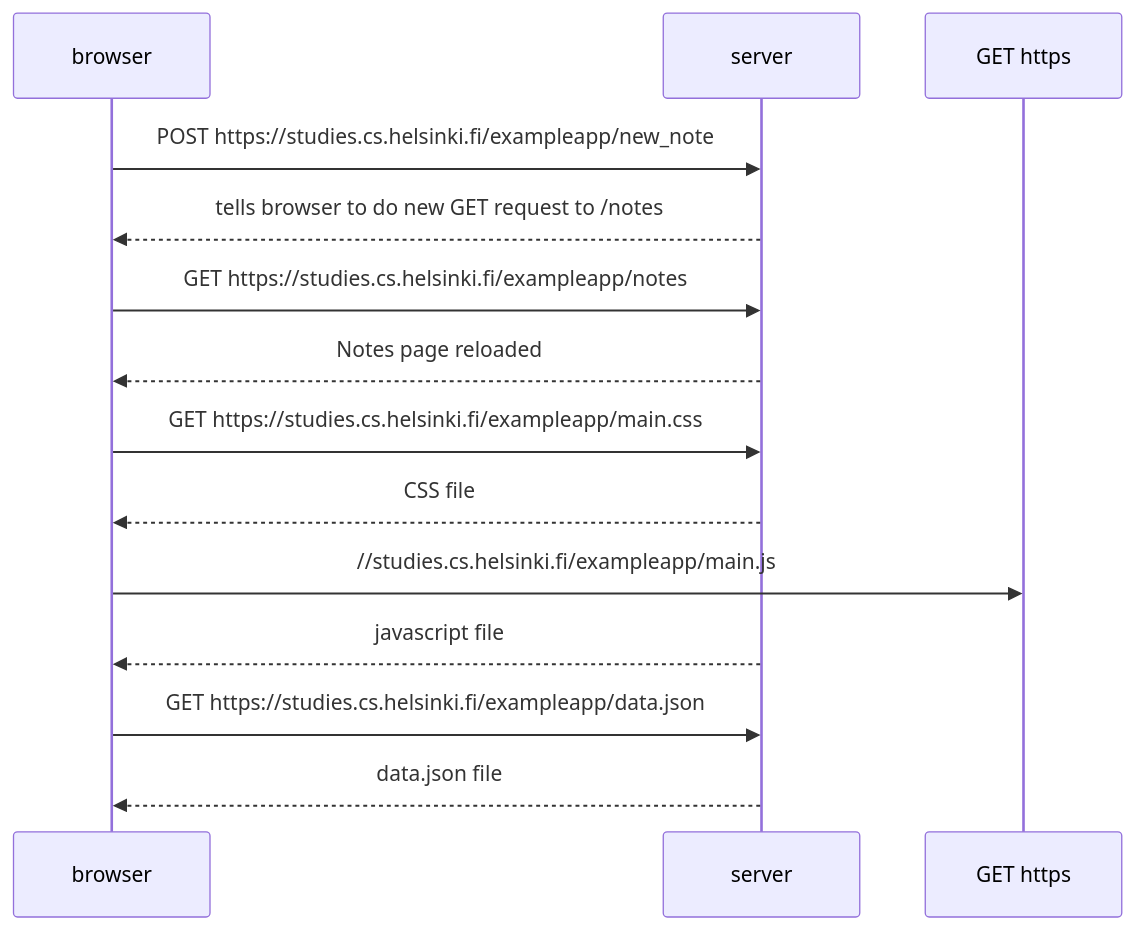
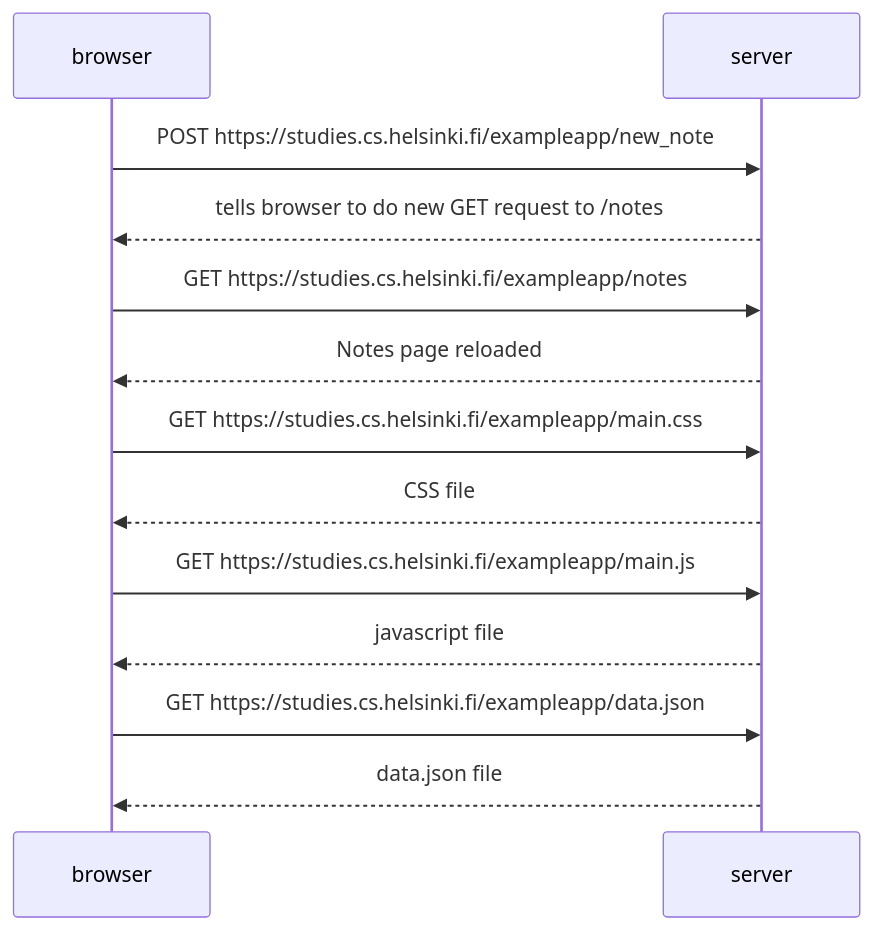
The diagram in part0/0.4exercises.md (EngineKrieg/Fullstackopen), drawn with Mermaid before and after one commit.

````diff
--- a/part0/0.4exercises.md
+++ b/part0/0.4exercises.md
@@ -1,15 +1,15 @@
 ```mermaid
   sequenceDiagram
     participant browser
     participant server
     browser->>server: POST https://studies.cs.helsinki.fi/exampleapp/new_note
     server-->>browser: tells browser to do new GET request to /notes
     browser->>server: GET https://studies.cs.helsinki.fi/exampleapp/notes
     server-->>browser: Notes page reloaded
     browser->>server: GET https://studies.cs.helsinki.fi/exampleapp/main.css
     server-->>browser: CSS file
-    browser->> GET https://studies.cs.helsinki.fi/exampleapp/main.js
+    browser->> server: GET https://studies.cs.helsinki.fi/exampleapp/main.js
     server-->>browser: javascript file
     browser->>server: GET https://studies.cs.helsinki.fi/exampleapp/data.json
     server-->>browser: data.json file
 ```
````
